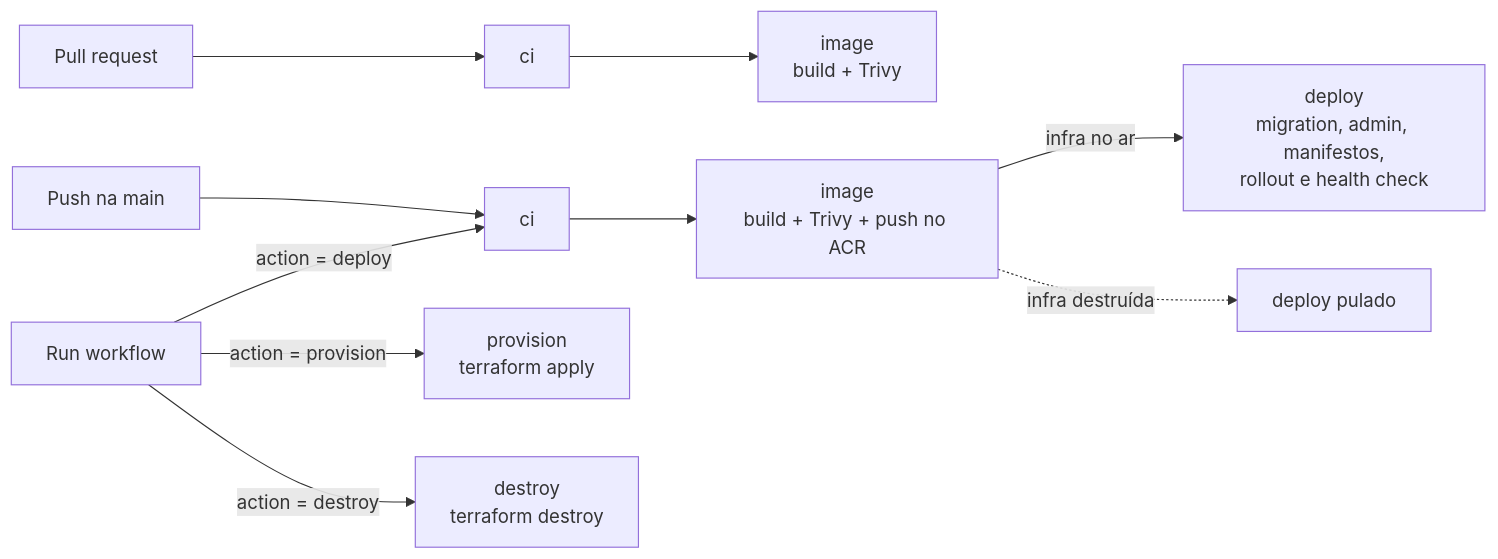
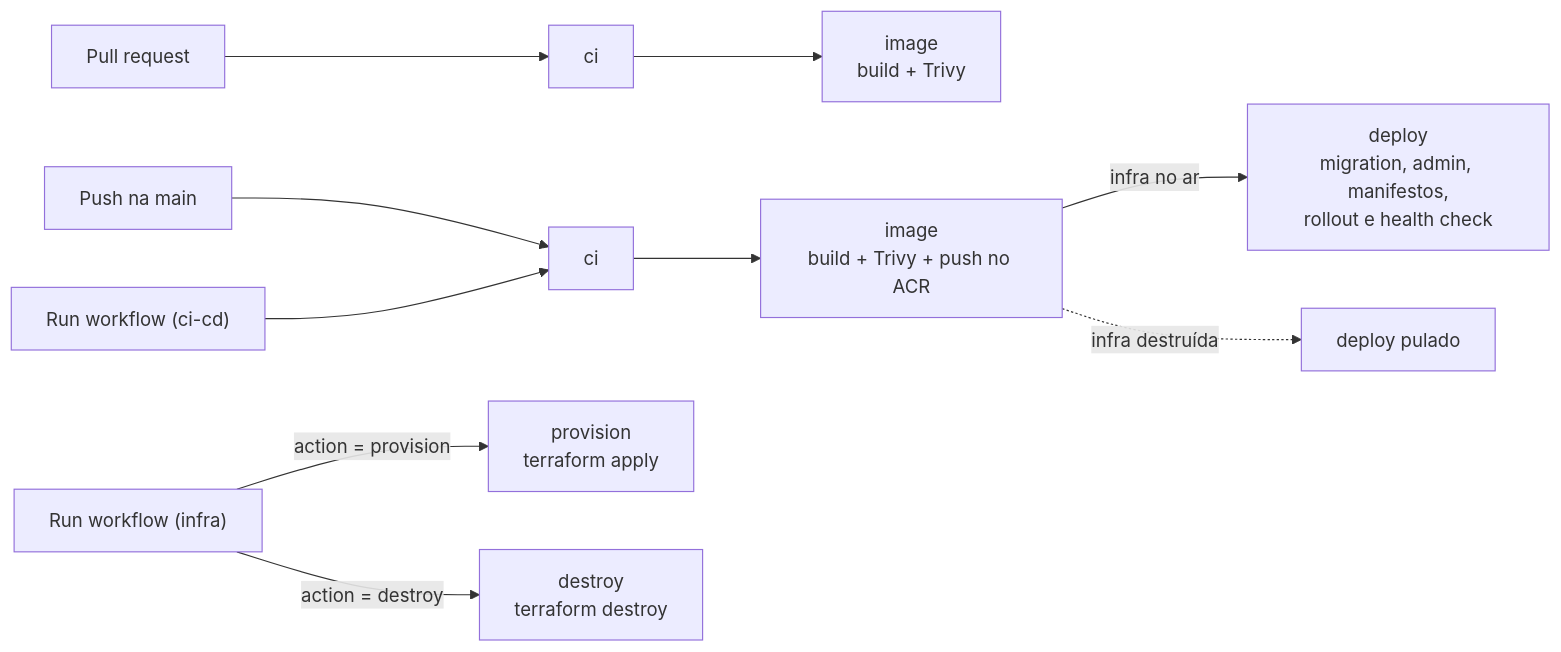
The diagram in README.md (garage-flow-api/garage-flow-api), drawn with Mermaid before and after one commit. The commit also changed other lines of this file and 2 other files, not shown here.

Commit message:
readme atualizado e separação de workflows de infra e cicd

````diff
--- a/README.md
+++ b/README.md
@@ -461,12 +461,13 @@
 ```mermaid
 flowchart LR
     PR["Pull request"] --> CI1["ci"] --> IMG1["image<br/>build + Trivy"]
 
     PUSH["Push na main"] --> CI2["ci"] --> IMG2["image<br/>build + Trivy + push no ACR"]
     IMG2 -->|"infra no ar"| DEP["deploy<br/>migration, admin, manifestos,<br/>rollout e health check"]
     IMG2 -.->|"infra destruída"| SKIP["deploy pulado"]
 
-    RUN["Run workflow"] -->|"action = provision"| PROV["provision<br/>terraform apply"]
-    RUN -->|"action = destroy"| DEST["destroy<br/>terraform destroy"]
-    RUN -->|"action = deploy"| CI2
+    RUNCD["Run workflow (ci-cd)"] --> CI2
+
+    RUNINFRA["Run workflow (infra)"] -->|"action = provision"| PROV["provision<br/>terraform apply"]
+    RUNINFRA -->|"action = destroy"| DEST["destroy<br/>terraform destroy"]
 ```
````
